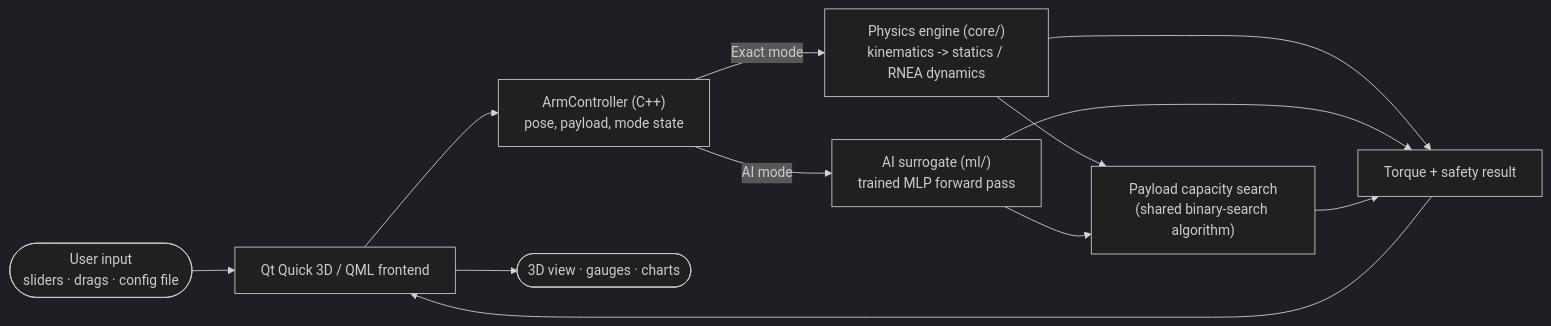
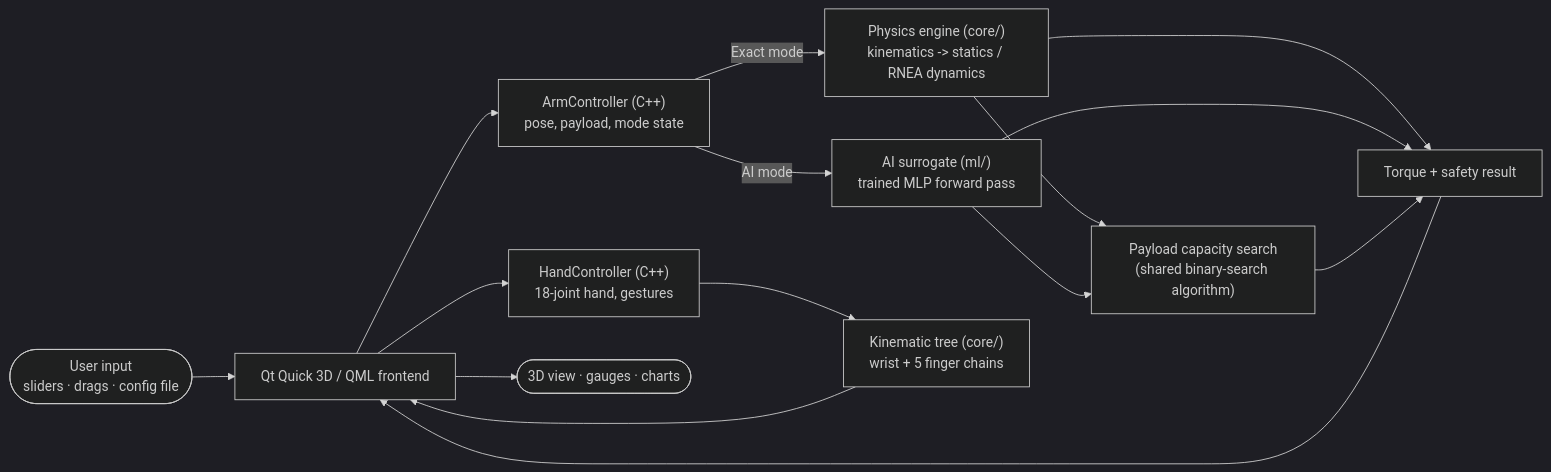
Before and after one commit to HSley13/robot-arm-analyzer: the first of 2 diagrams in README.md, drawn with Mermaid (dark theme). The commit also changed other lines of this file and 75 other files, not shown here.

````diff
--- a/README.md
+++ b/README.md
@@ -38,14 +36,17 @@
 ```mermaid
 flowchart LR
     U(["User input<br/>sliders · drags · config file"]) --> UI["Qt Quick 3D / QML frontend"]
     UI --> AC["ArmController (C++)<br/>pose, payload, mode state"]
+    UI --> HC["HandController (C++)<br/>18-joint hand, gestures"]
     AC -->|Exact mode| CORE["Physics engine (core/)<br/>kinematics -> statics / RNEA dynamics"]
     AC -->|AI mode| ML["AI surrogate (ml/)<br/>trained MLP forward pass"]
+    HC --> TREE["Kinematic tree (core/)<br/>wrist + 5 finger chains"]
     CORE --> CAP["Payload capacity search<br/>(shared binary-search algorithm)"]
     ML --> CAP
     CORE --> RES["Torque + safety result"]
     ML --> RES
     CAP --> RES
     RES --> UI
+    TREE --> UI
     UI --> OUT(["3D view · gauges · charts"])
 ```
````
